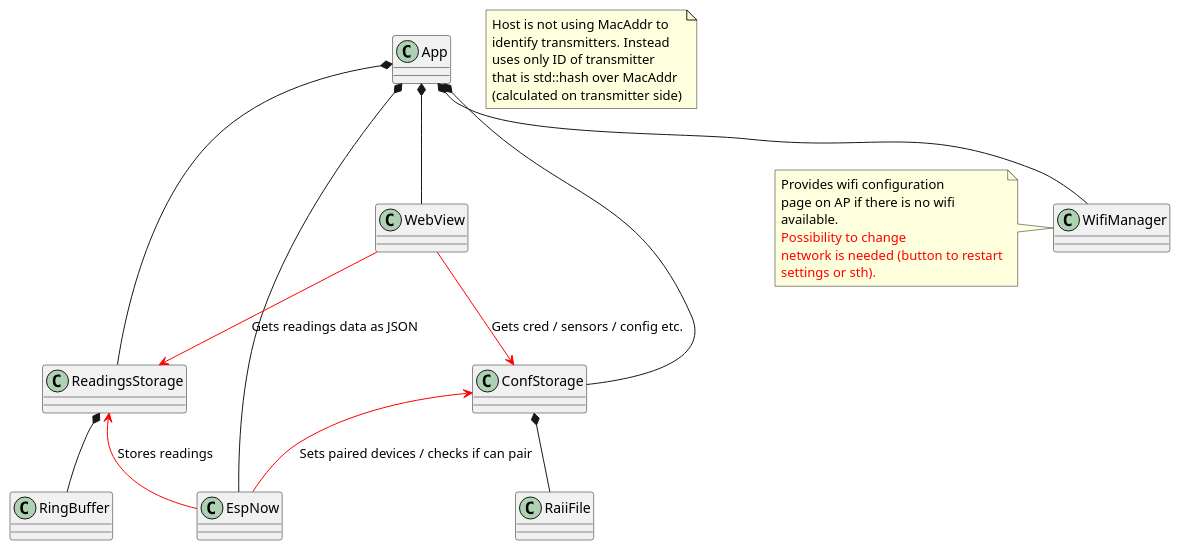
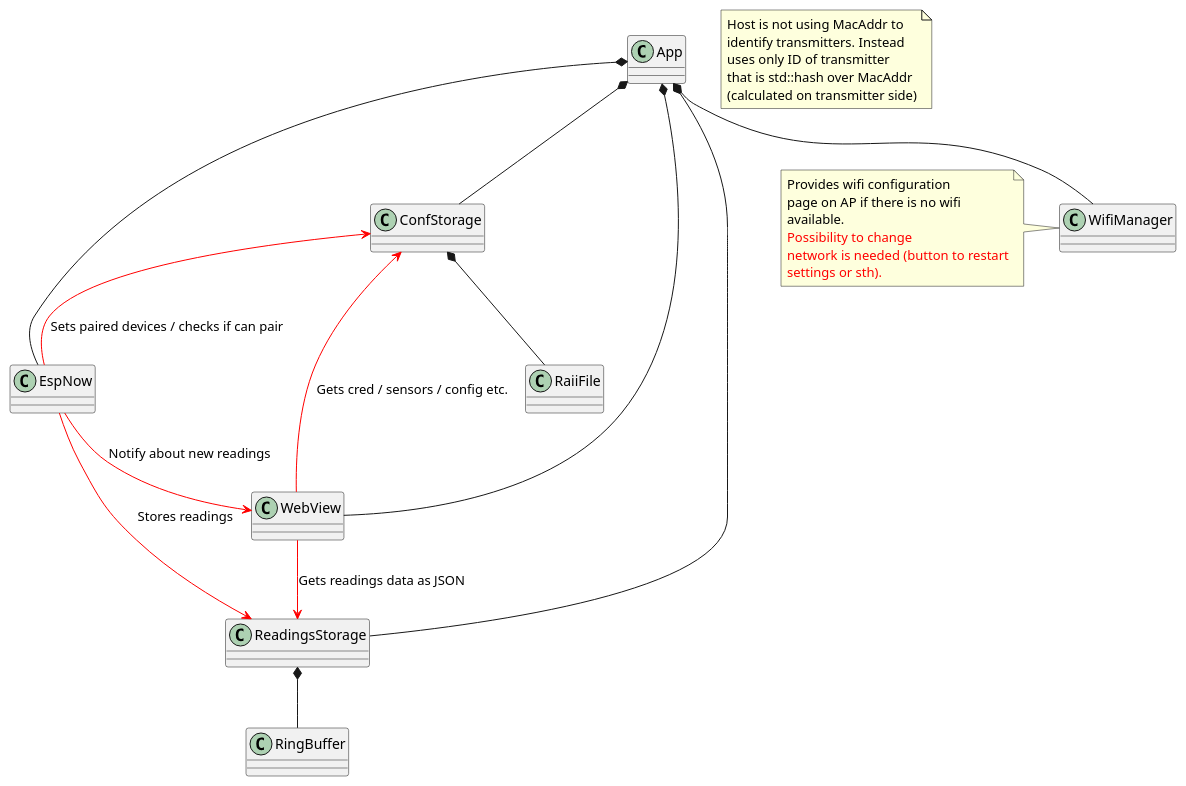
Before and after one commit to SebastianZientek/ThNetwork: the diagram in doc/HostClass.puml, drawn with PlantUML.

```diff
--- a/doc/HostClass.puml
+++ b/doc/HostClass.puml
@@ -1,42 +1,43 @@
 @startuml
 class App
 class ConfStorage
 class EspNow
 class RaiiFile
 class ReadingsStorage
 class RingBuffer
 class WebView
 class WifiManager
 note left
 Provides wifi configuration
 page on AP if there is no wifi
 available.
 <color:red>Possibility to change</color>
 <color:red>network is needed (button to restart</color>
 <color:red>settings or sth).</color>
 end note
 
 App *-down- ConfStorage
 App *-down- ReadingsStorage
 App *-down- EspNow
 App *-down- WebView
 App *-down- WifiManager
 
 ReadingsStorage *-down- RingBuffer
 ConfStorage *-- RaiiFile
 
 WebView -[#red]down-> ReadingsStorage: Gets readings data as JSON
 WebView -[#red]down-> ConfStorage: Gets cred / sensors / config etc.
 
 EspNow -[#red]up-> ReadingsStorage: Stores readings
 EspNow -[#red]up-> ConfStorage: Sets paired devices / checks if can pair
+EspNow -[#red]-> WebView: Notify about new readings
 
 
 note as N1
 Host is not using MacAddr to
 identify transmitters. Instead
 uses only ID of transmitter
 that is std::hash over MacAddr
 (calculated on transmitter side)
 end note
 @enduml
```
